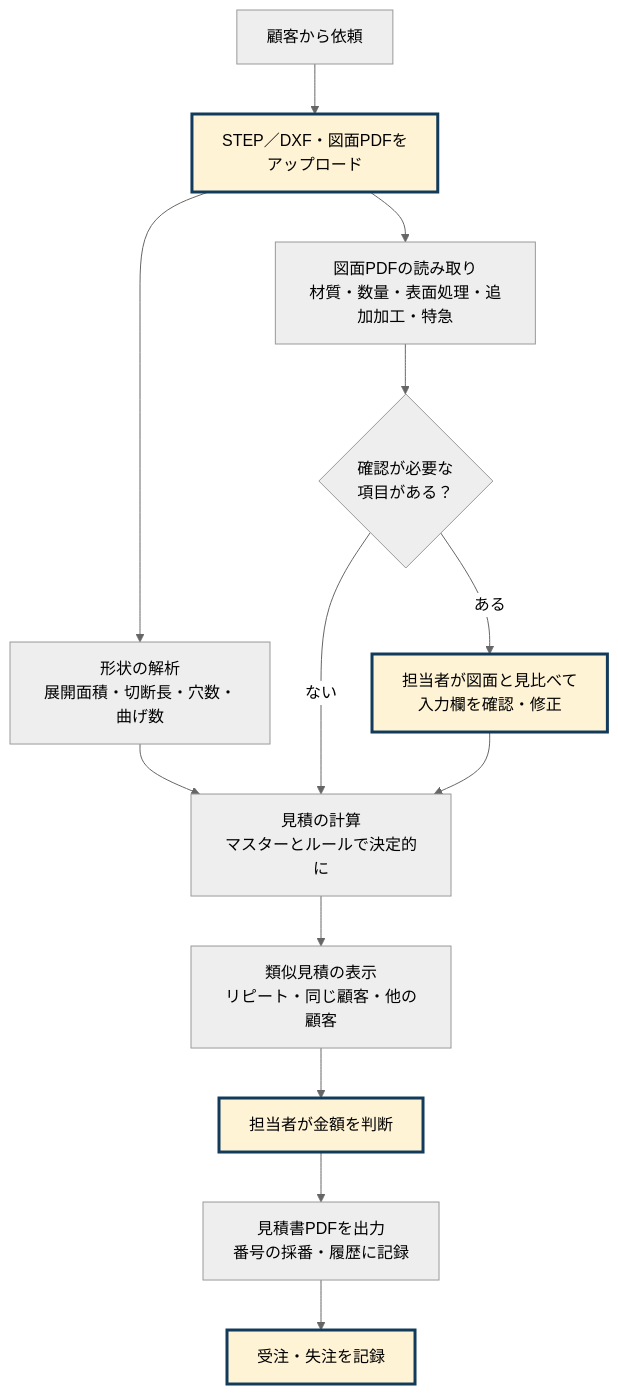
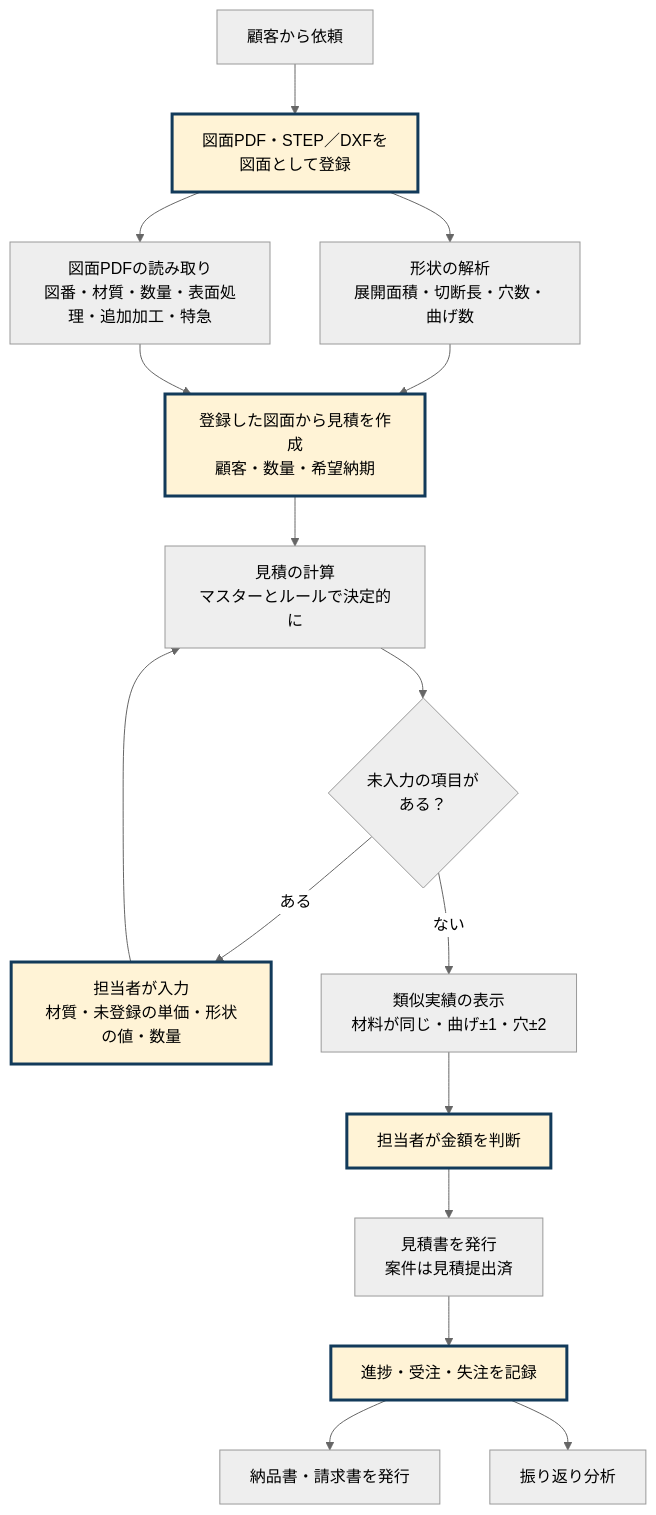
The third of 5 diagrams in docs/01_要件定義書.md (1975020t/step_analysis_for_automatic-estimate), drawn with Mermaid (neutral theme) before and after one commit. The commit also changed other lines of this file and 40 other files, not shown here.

````diff
--- a/docs/01_要件定義書.md
+++ b/docs/01_要件定義書.md
@@ -89,16 +89,19 @@
 ```mermaid 図 システム導入後の流れ（担当者の作業は太枠）
 flowchart TD
-  r[顧客から依頼] --> u[STEP／DXF・図面PDFを<br/>アップロード]:::man
+  r[顧客から依頼] --> u[図面PDF・STEP／DXFを<br/>図面として登録]:::man
   u --> a[形状の解析<br/>展開面積・切断長・穴数・曲げ数]
-  u --> b[図面PDFの読み取り<br/>材質・数量・表面処理・追加加工・特急]
-  a --> q[見積の計算<br/>マスターとルールで決定的に]
-  b --> k{確認が必要な<br/>項目がある？}
-  k -- ない --> q
-  k -- ある --> m[担当者が図面と見比べて<br/>入力欄を確認・修正]:::man
+  u --> b[図面PDFの読み取り<br/>図番・材質・数量・表面処理・追加加工・特急]
+  a --> e[登録した図面から見積を作成<br/>顧客・数量・希望納期]:::man
+  b --> e
+  e --> q[見積の計算<br/>マスターとルールで決定的に]
+  q --> k{未入力の項目が<br/>ある？}
+  k -- ある --> m[担当者が入力<br/>材質・未登録の単価・形状の値・数量]:::man
   m --> q
-  q --> s[類似見積の表示<br/>リピート・同じ顧客・他の顧客]
+  k -- ない --> s[類似実績の表示<br/>材料が同じ・曲げ±1・穴±2]
   s --> j[担当者が金額を判断]:::man
-  j --> d[見積書PDFを出力<br/>番号の採番・履歴に記録]
-  d --> o[受注・失注を記録]:::man
+  j --> d[見積書を発行<br/>案件は見積提出済]
+  d --> o[進捗・受注・失注を記録]:::man
+  o --> n[納品書・請求書を発行]
+  o --> v[振り返り分析]
   classDef man stroke-width:3px,stroke:#123a5a,fill:#fff3d6;
 ```
````
